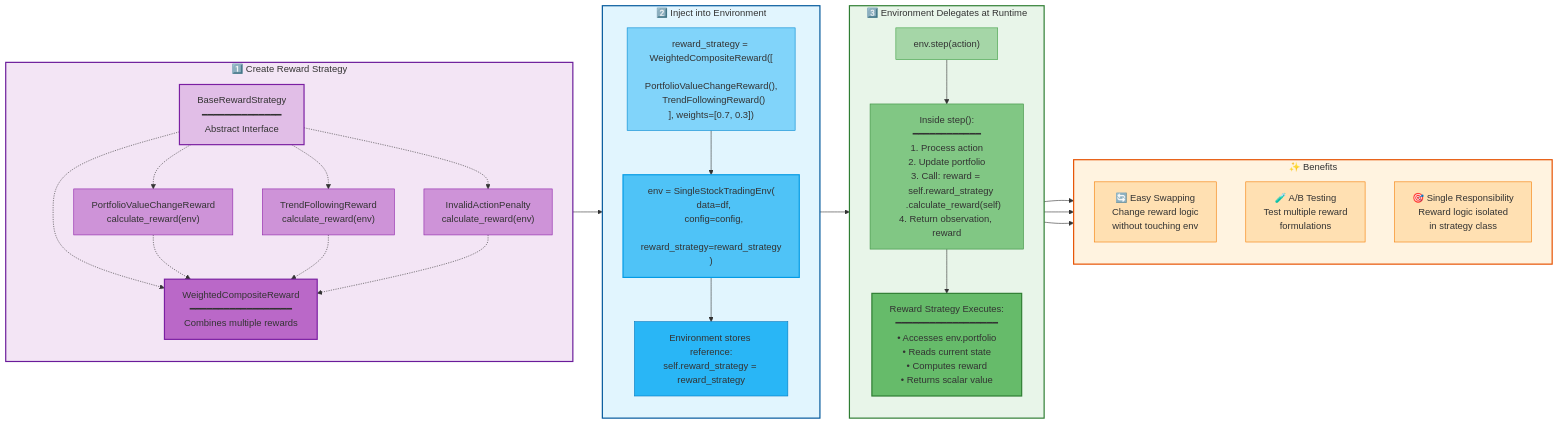
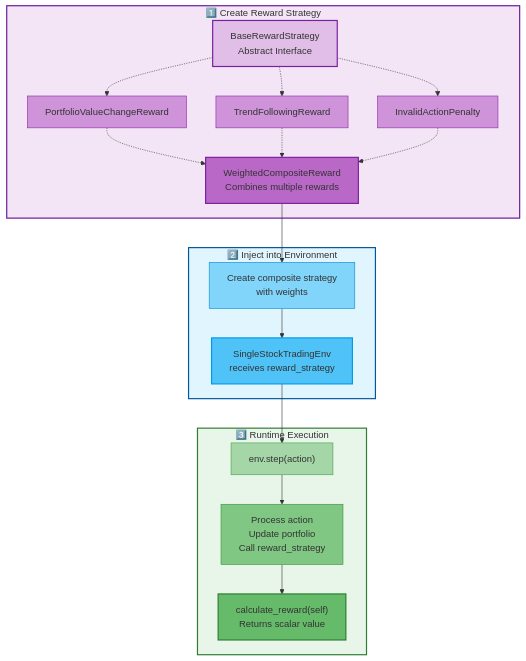
The ninth of 9 diagrams in README.md (whanyu1212/QuantRL-Lab), drawn with Mermaid before and after one commit.

Commit message:
simplify strategy design illustration diagram

````diff
--- a/README.md
+++ b/README.md
@@ -846,20 +846,17 @@
 ```mermaid
-graph LR
+graph TB
     subgraph Creation["1️⃣ Create Reward Strategy"]
-        direction TB
+        BASE["BaseRewardStrategy<br/>Abstract Interface"]
 
-        BASE["BaseRewardStrategy<br/>━━━━━━━━━━━━━━<br/>Abstract Interface"]
+        R1["PortfolioValueChangeReward"]
+        R2["TrendFollowingReward"]
+        R3["InvalidActionPenalty"]
 
-        R1["PortfolioValueChangeReward<br/>calculate_reward(env)"]
-        R2["TrendFollowingReward<br/>calculate_reward(env)"]
-        R3["InvalidActionPenalty<br/>calculate_reward(env)"]
-
-        COMPOSITE["WeightedCompositeReward<br/>━━━━━━━━━━━━━━━━━━<br/>Combines multiple rewards"]
+        COMPOSITE["WeightedCompositeReward<br/>Combines multiple rewards"]
 
         BASE -.-> R1
         BASE -.-> R2
         BASE -.-> R3
-        BASE -.-> COMPOSITE
 
         R1 -.-> COMPOSITE
         R2 -.-> COMPOSITE
@@ -867,46 +864,26 @@
     end
 
     subgraph Injection["2️⃣ Inject into Environment"]
-        direction TB
+        STRAT["Create composite strategy<br/>with weights"]
 
-        STRAT["reward_strategy = <br/>WeightedCompositeReward([<br/>  PortfolioValueChangeReward(),<br/>  TrendFollowingReward()<br/>], weights=[0.7, 0.3])"]
-
-        ENV["env = SingleStockTradingEnv(<br/>  data=df,<br/>  config=config,<br/>  reward_strategy=reward_strategy<br/>)"]
-
-        STORE["Environment stores reference:<br/>self.reward_strategy = reward_strategy"]
+        ENV["SingleStockTradingEnv<br/>receives reward_strategy"]
 
         STRAT --> ENV
-        ENV --> STORE
     end
 
-    subgraph Usage["3️⃣ Environment Delegates at Runtime"]
-        direction TB
-
+    subgraph Usage["3️⃣ Runtime Execution"]
         STEP["env.step(action)"]
 
-        EXECUTE["Inside step():<br/>━━━━━━━━━━━━<br/>1. Process action<br/>2. Update portfolio<br/>3. Call: reward = <br/>   self.reward_strategy<br/>     .calculate_reward(self)<br/>4. Return observation, reward"]
+        EXECUTE["Process action<br/>Update portfolio<br/>Call reward_strategy"]
 
-        CALC["Reward Strategy Executes:<br/>━━━━━━━━━━━━━━━━━━<br/>• Accesses env.portfolio<br/>• Reads current state<br/>• Computes reward<br/>• Returns scalar value"]
+        CALC["calculate_reward(self)<br/>Returns scalar value"]
 
         STEP --> EXECUTE
         EXECUTE --> CALC
     end
 
-    subgraph Benefits["✨ Benefits"]
-        direction TB
-
-        B1["🔄 Easy Swapping<br/>Change reward logic<br/>without touching env"]
-
-        B2["🧪 A/B Testing<br/>Test multiple reward<br/>formulations"]
-
-        B3["🎯 Single Responsibility<br/>Reward logic isolated<br/>in strategy class"]
-    end
-
     COMPOSITE --> STRAT
-    STORE --> STEP
-    CALC --> B1
-    CALC --> B2
-    CALC --> B3
+    ENV --> STEP
 
     style Creation fill:#f3e5f5,stroke:#6a1b9a,stroke-width:2px
     style BASE fill:#e1bee7,stroke:#7b1fa2,stroke-width:2px
@@ -918,15 +895,9 @@
     style Injection fill:#e1f5fe,stroke:#01579b,stroke-width:2px
     style STRAT fill:#81d4fa,stroke:#0288d1
     style ENV fill:#4fc3f7,stroke:#039be5,stroke-width:2px
-    style STORE fill:#29b6f6,stroke:#0277bd
 
     style Usage fill:#e8f5e9,stroke:#2e7d32,stroke-width:2px
     style STEP fill:#a5d6a7,stroke:#43a047
     style EXECUTE fill:#81c784,stroke:#388e3c
     style CALC fill:#66bb6a,stroke:#2e7d32,stroke-width:2px
-
-    style Benefits fill:#fff3e0,stroke:#e65100,stroke-width:2px
-    style B1 fill:#ffe0b2,stroke:#f57c00
-    style B2 fill:#ffe0b2,stroke:#f57c00
-    style B3 fill:#ffe0b2,stroke:#f57c00
 ```
````
